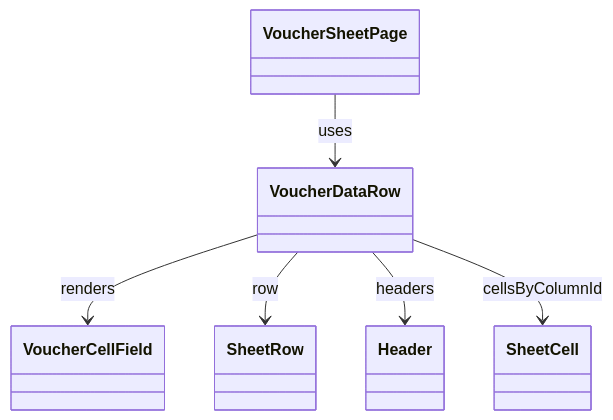
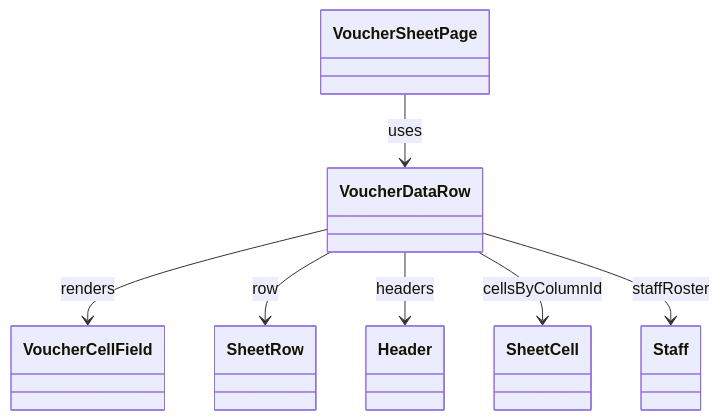
Before and after one commit to MinamiyamaKotaro/m3_pad: the diagram in docs/design/lib/src/features/voucher/presentation/widgets/voucher_data_row.md, drawn with Mermaid. The commit also changed other lines of this file and 35 other files, not shown here.

````diff
--- a/docs/design/lib/src/features/voucher/presentation/widgets/voucher_data_row.md
+++ b/docs/design/lib/src/features/voucher/presentation/widgets/voucher_data_row.md
@@ -13,8 +14,9 @@
 ```mermaid
 classDiagram
     VoucherSheetPage --> VoucherDataRow : uses
     VoucherDataRow --> VoucherCellField : renders
     VoucherDataRow --> SheetRow : row
     VoucherDataRow --> Header : headers
     VoucherDataRow --> SheetCell : cellsByColumnId
+    VoucherDataRow --> Staff : staffRoster
 ```
````
